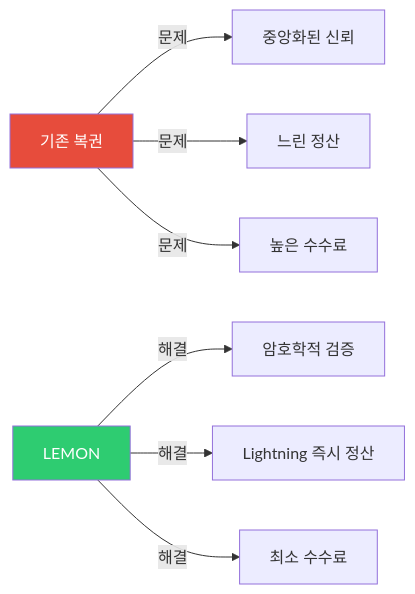
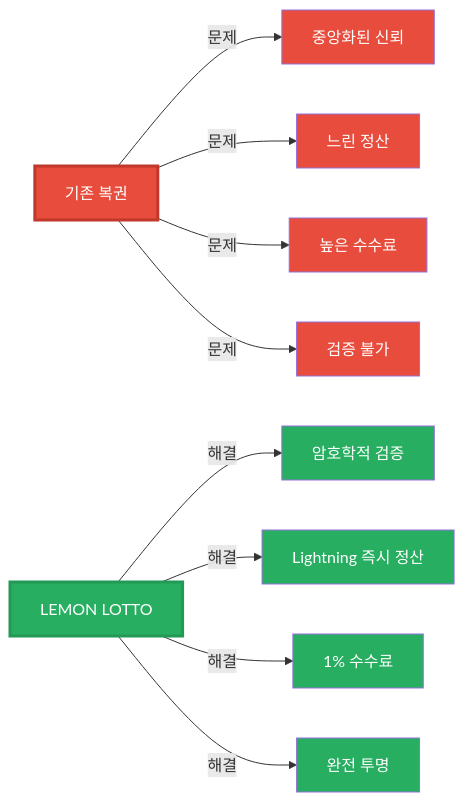
Before and after one commit to zzeongzi/lemon-lotto: the second of 18 diagrams in WHITEPAPER.md, drawn with Mermaid. The commit also changed other lines of this file, not shown here.

```diff
--- a/WHITEPAPER.md
+++ b/WHITEPAPER.md
@@ -381,13 +522,23 @@
                 <div class="mermaid">
                     graph LR
                         A[기존 복권] -->|문제| B[중앙화된 신뢰]
                         A -->|문제| C[느린 정산]
                         A -->|문제| D[높은 수수료]
+                        A -->|문제| E[검증 불가]
                         
-                        E[LEMON] -->|해결| F[암호학적 검증]
-                        E -->|해결| G[Lightning 즉시 정산]
-                        E -->|해결| H[최소 수수료]
+                        F[LEMON LOTTO] -->|해결| G[암호학적 검증]
+                        F -->|해결| H[Lightning 즉시 정산]
+                        F -->|해결| I[1% 수수료]
+                        F -->|해결| J[완전 투명]
                         
-                        style A fill:#e74c3c,color:#fff
-                        style E fill:#2ecc71,color:#fff
+                        style A fill:#e74c3c,color:#fff,stroke:#c0392b,stroke-width:3px
+                        style F fill:#27ae60,color:#fff,stroke:#229954,stroke-width:3px
+                        style B fill:#e74c3c,color:#fff
+                        style C fill:#e74c3c,color:#fff
+                        style D fill:#e74c3c,color:#fff
+                        style E fill:#e74c3c,color:#fff
+                        style G fill:#27ae60,color:#fff
+                        style H fill:#27ae60,color:#fff
+                        style I fill:#27ae60,color:#fff
+                        style J fill:#27ae60,color:#fff
                 </div>
```
